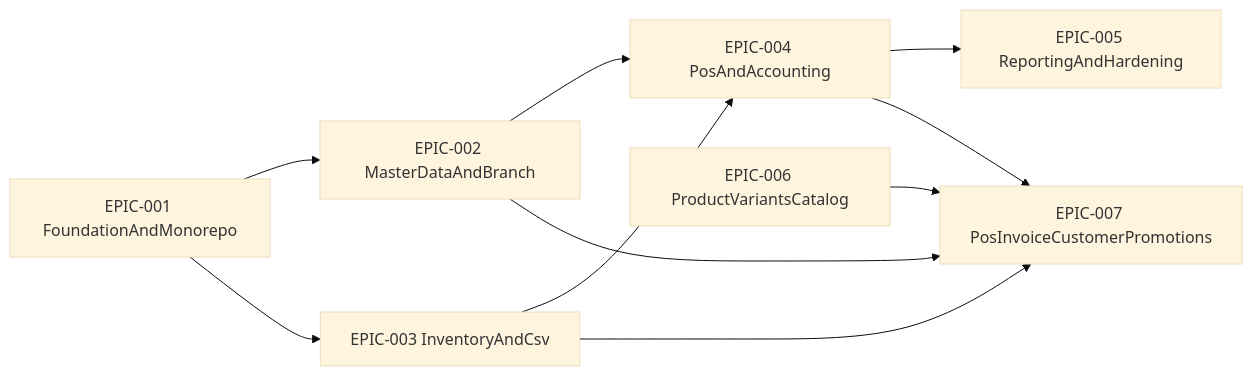
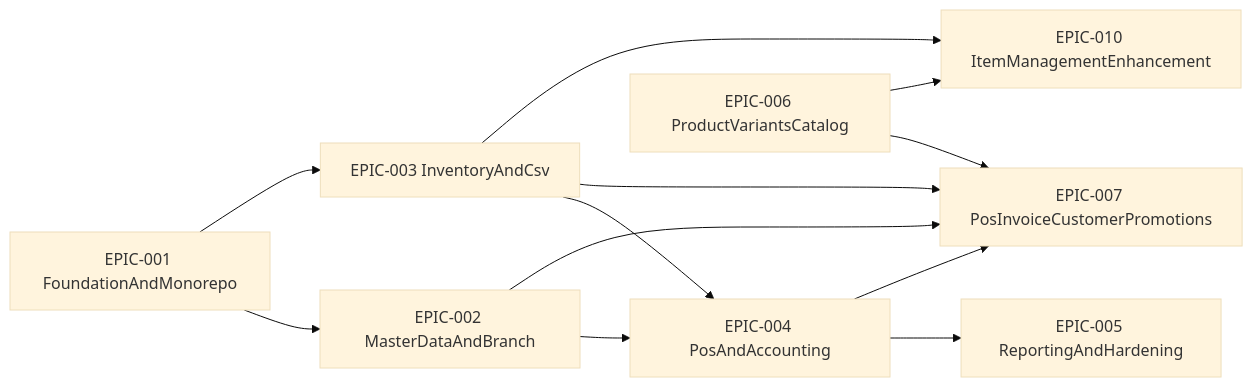
One commit to JackTran15/jack-erp changed the first of 3 diagrams in tickets/README.md. Above: the diagram before and after it, drawn with Mermaid (base theme). The commit also changed other lines of this file and 41 other files, not shown here.

Commit message:
feat: implement item management phase 1 migration and enhance inventory seeding with category and provider relationships

````diff
--- a/tickets/README.md
+++ b/tickets/README.md
@@ -12,12 +12,14 @@
 ```mermaid
 flowchart LR
   E1["EPIC-001 FoundationAndMonorepo"] --> E2["EPIC-002 MasterDataAndBranch"]
   E1 --> E3["EPIC-003 InventoryAndCsv"]
   E2 --> E4["EPIC-004 PosAndAccounting"]
   E3 --> E4
   E4 --> E5["EPIC-005 ReportingAndHardening"]
   E2 --> E7["EPIC-007 PosInvoiceCustomerPromotions"]
   E3 --> E7
   E4 --> E7
   E6["EPIC-006 ProductVariantsCatalog"] --> E7
+  E3 --> E10["EPIC-010 ItemManagementEnhancement"]
+  E6 --> E10
 ```
````
